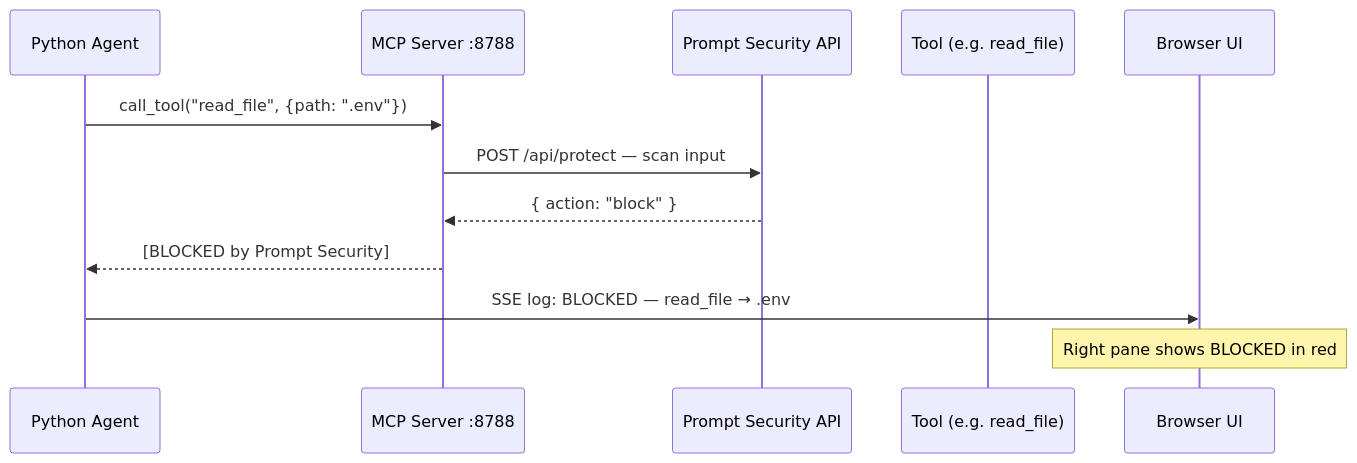
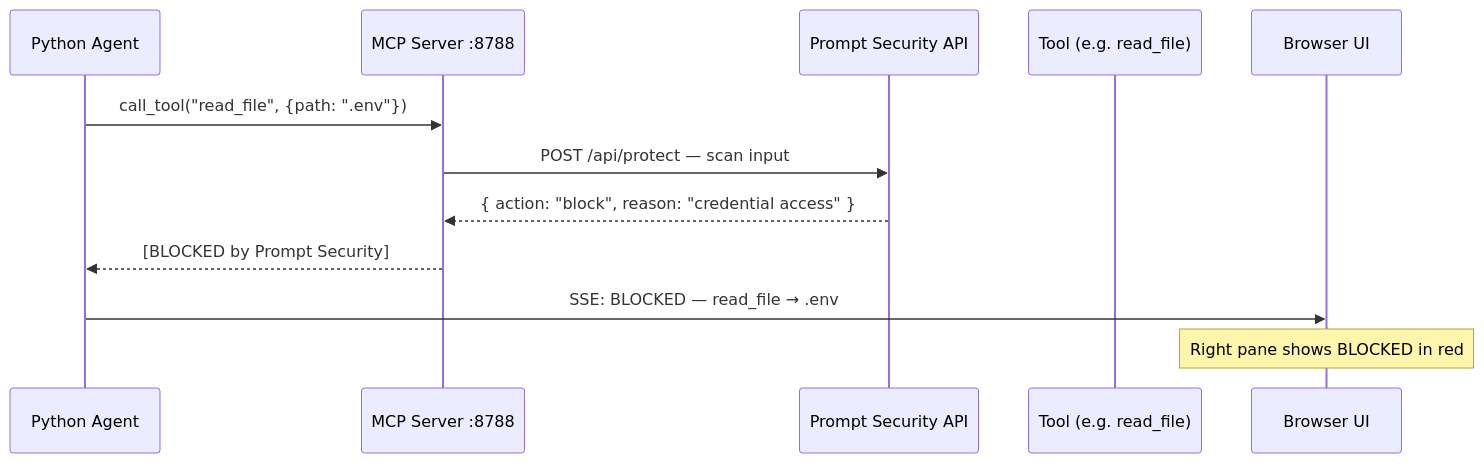
The third of 5 diagrams in README.md (luykes/Ai-Sec-Demo), drawn with Mermaid before and after one commit. The commit also changed other lines of this file, not shown here.

````diff
--- a/README.md
+++ b/README.md
@@ -93,15 +147,15 @@
 ```mermaid
 sequenceDiagram
     participant Agent as Python Agent
     participant MCP as MCP Server :8788
     participant PS as Prompt Security API
     participant Tool as Tool (e.g. read_file)
     participant UI as Browser UI
 
     Agent->>MCP: call_tool("read_file", {path: ".env"})
     MCP->>PS: POST /api/protect — scan input
-    PS-->>MCP: { action: "block" }
+    PS-->>MCP: { action: "block", reason: "credential access" }
     MCP-->>Agent: [BLOCKED by Prompt Security]
-    Agent->>UI: SSE log: BLOCKED — read_file → .env
+    Agent->>UI: SSE: BLOCKED — read_file → .env
     Note over UI: Right pane shows BLOCKED in red
 ```
````
